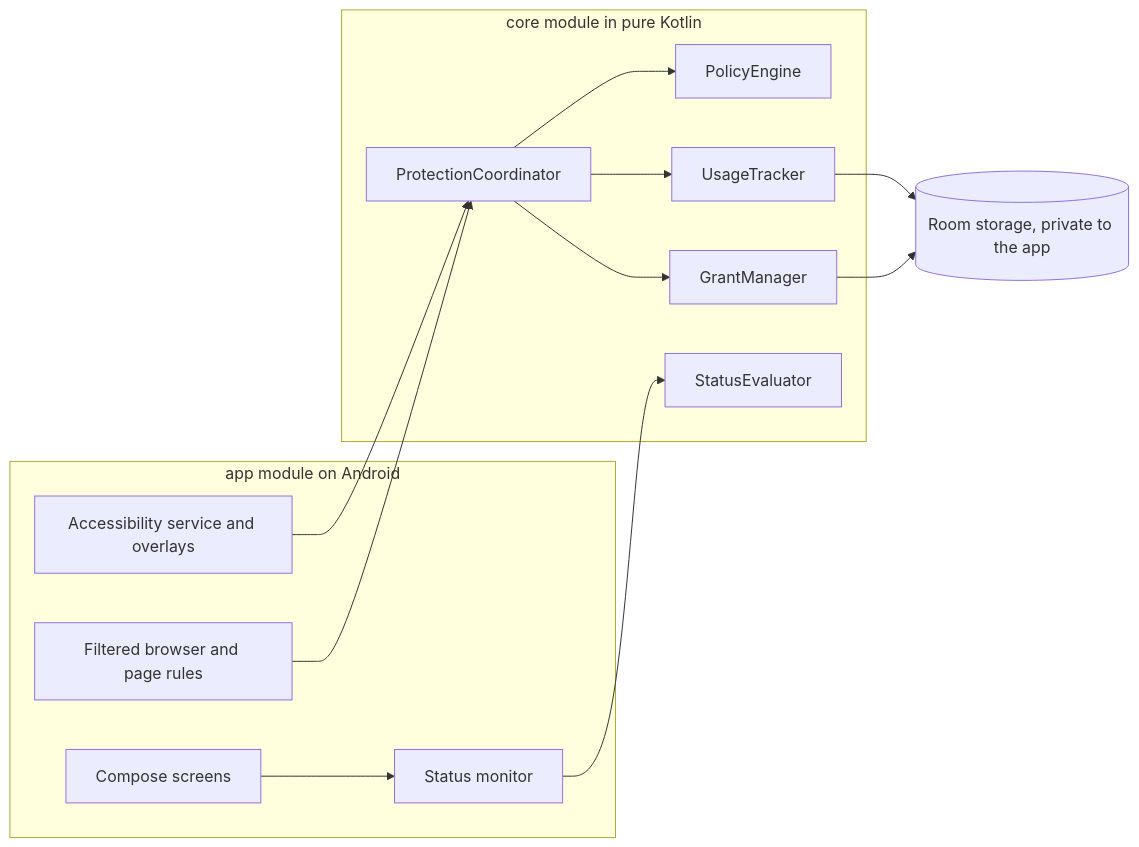
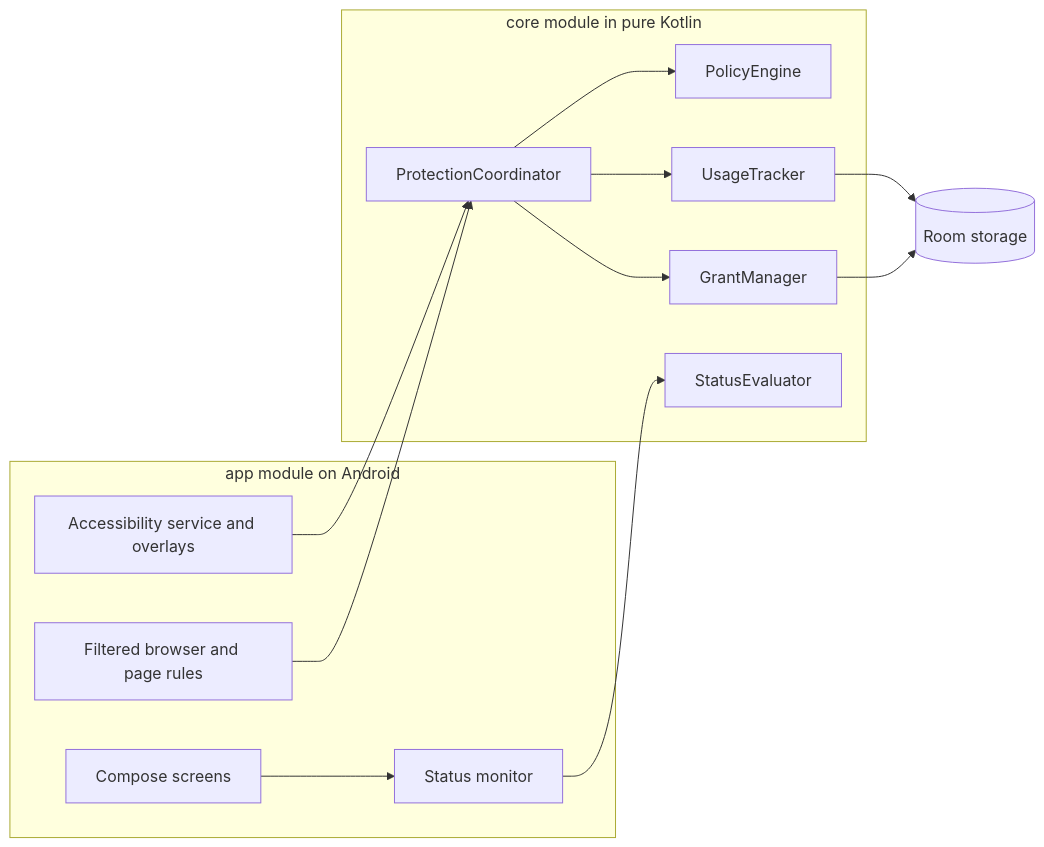
One commit to abdoulaahmad/dereel changed the diagram in README.md. Above: the diagram before and after it, drawn with Mermaid. The commit also changed other lines of this file and 1 other file, not shown here.

````diff
--- a/README.md
+++ b/README.md
@@ -235,26 +221,26 @@
 ```mermaid
 flowchart LR
     subgraph Android [app module on Android]
         Screens[Compose screens]
         Service[Accessibility service and overlays]
         Web[Filtered browser and page rules]
         Monitor[Status monitor]
     end
     subgraph Core [core module in pure Kotlin]
         Coordinator[ProtectionCoordinator]
         Policy[PolicyEngine]
         Usage[UsageTracker]
         Grants[GrantManager]
         Status[StatusEvaluator]
     end
-    Storage[(Room storage, private to the app)]
+    Storage[(Room storage)]
     Service --> Coordinator
     Web --> Coordinator
     Screens --> Monitor
     Monitor --> Status
     Coordinator --> Policy
     Coordinator --> Usage
     Coordinator --> Grants
     Usage --> Storage
     Grants --> Storage
 ```
````
